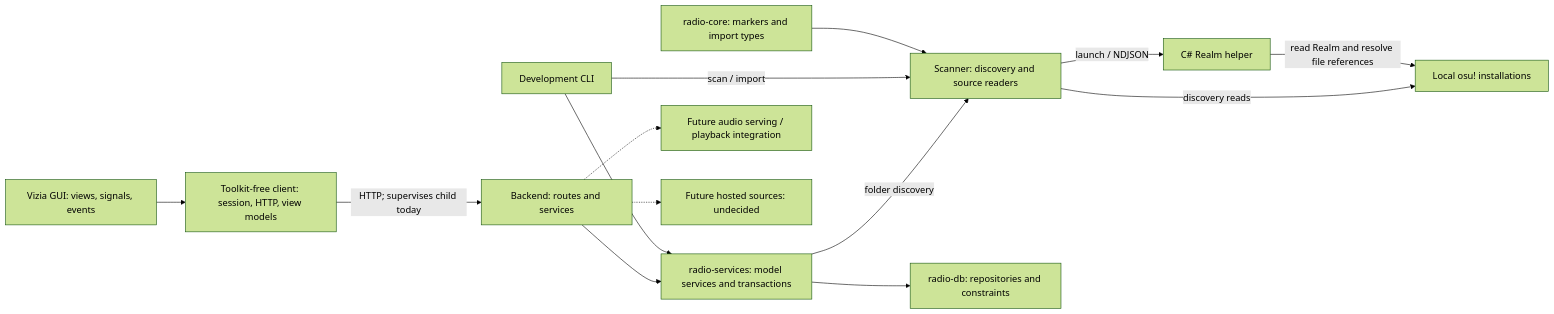
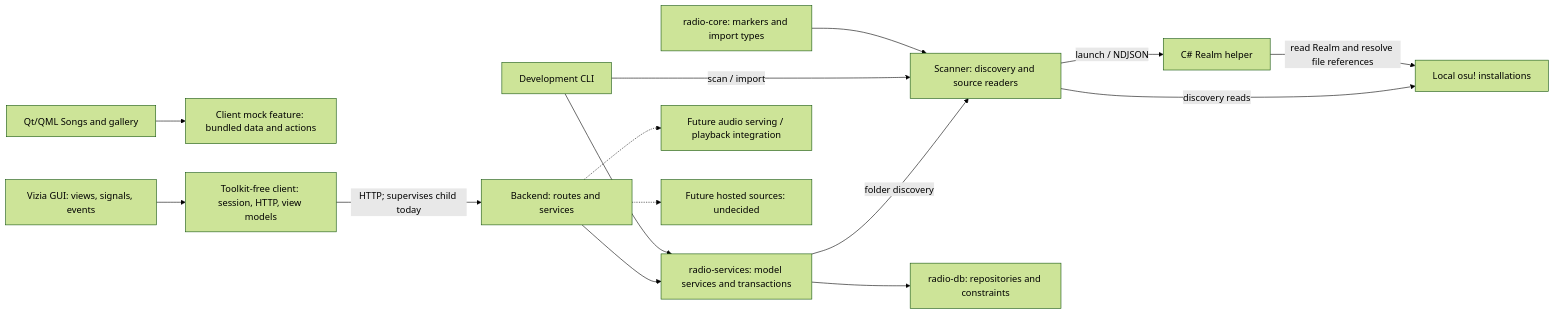
Before and after one commit to Jayko321/osu-radio: the diagram in docs/agent/index.md, drawn with Mermaid (forest theme). The commit also changed other lines of this file and 68 other files, not shown here.

````diff
--- a/docs/agent/index.md
+++ b/docs/agent/index.md
@@ -45,16 +46,17 @@
 ```mermaid
 flowchart LR
+    Qt["Qt/QML Songs and gallery"] --> Mock["Client mock feature: bundled data and actions"]
     GUI["Vizia GUI: views, signals, events"] --> Client["Toolkit-free client: session, HTTP, view models"]
     Client -->|"HTTP; supervises child today"| Server["Backend: routes and services"]
     Server --> Services["radio-services: model services and transactions"]
     Services -->|"folder discovery"| Scanner["Scanner: discovery and source readers"]
     Services --> DB["radio-db: repositories and constraints"]
     CLI --> Services
     CLI["Development CLI"] -->|"scan / import"| Scanner
     Scanner -->|"discovery reads"| Local["Local osu! installations"]
     Scanner -->|"launch / NDJSON"| Helper["C# Realm helper"]
     Helper -->|"read Realm and resolve file references"| Local
     Core["radio-core: markers and import types"] --> Scanner
     Server -.-> Audio["Future audio serving / playback integration"]
     Server -.-> Hosted["Future hosted sources: undecided"]
 ```
````
